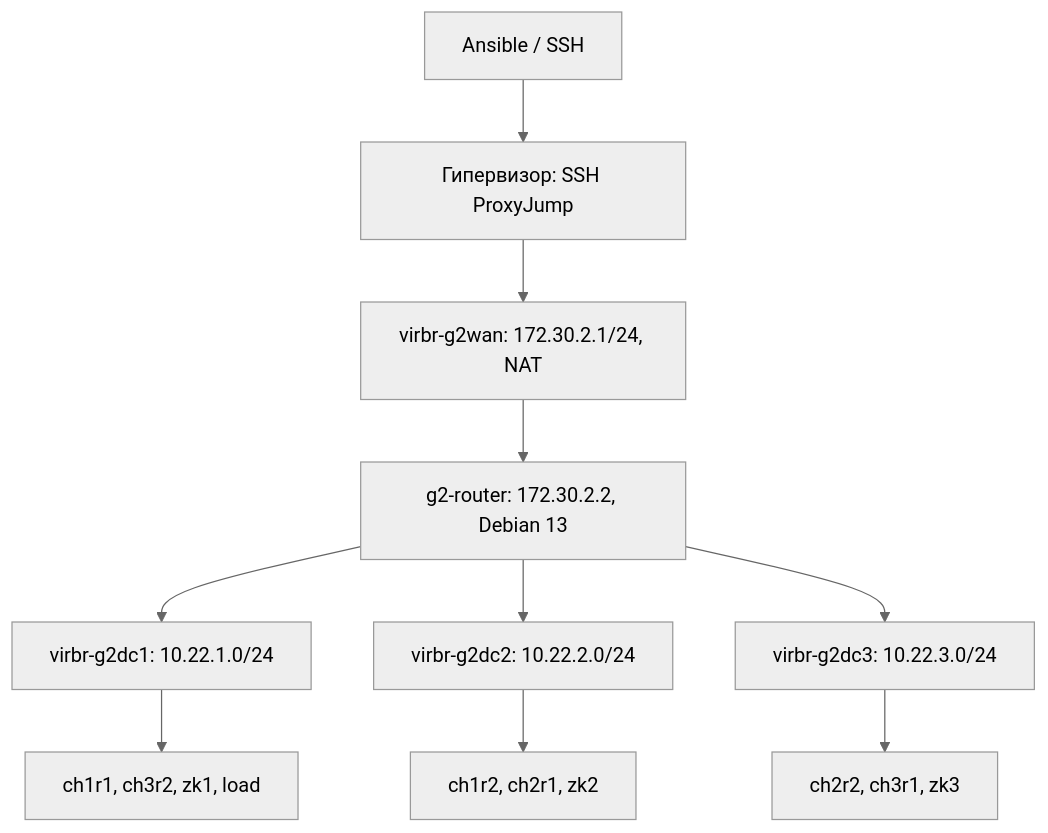
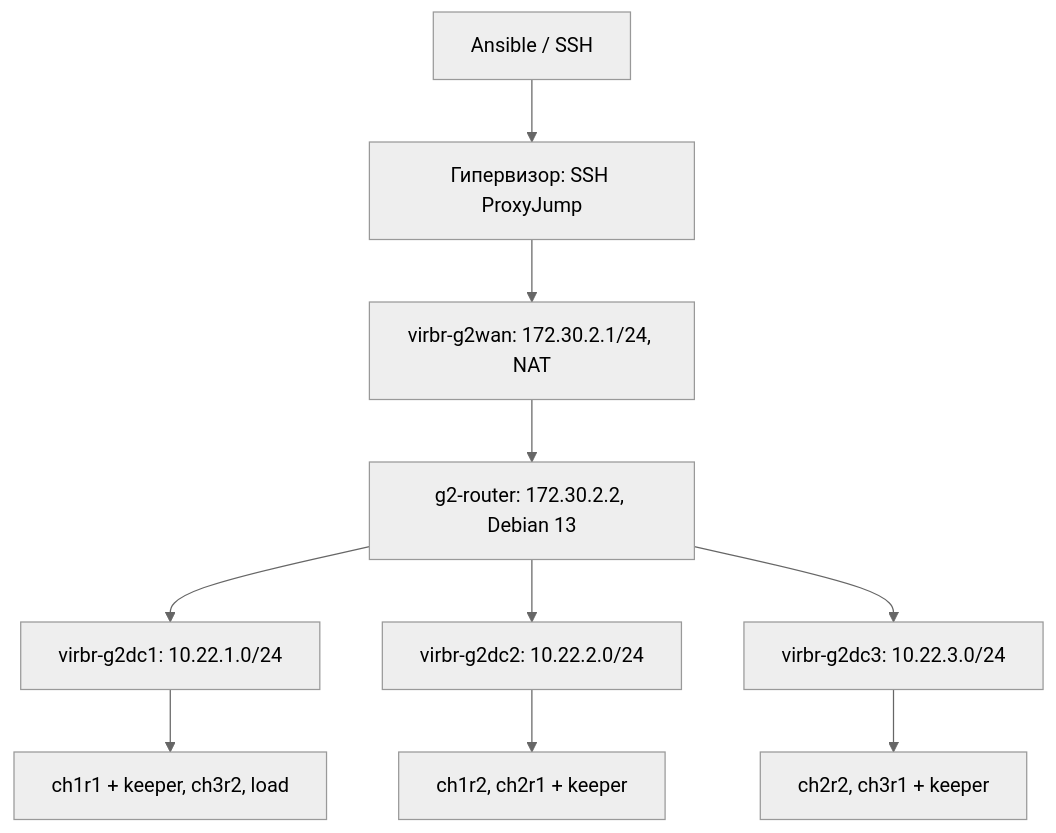
One commit to pepe1az/sis_admin changed the diagram in docs/ip-plan.md. Above: the diagram before and after it, drawn with Mermaid (neutral theme). The commit also changed other lines of this file and 49 other files, not shown here.

````diff
--- a/docs/ip-plan.md
+++ b/docs/ip-plan.md
@@ -3,12 +3,12 @@
 ```mermaid
 flowchart TB
     Admin[Ansible / SSH] --> Host[Гипервизор: SSH ProxyJump]
     Host --> WAN[virbr-g2wan: 172.30.2.1/24, NAT]
     WAN --> R[g2-router: 172.30.2.2, Debian 13]
     R --> D1[virbr-g2dc1: 10.22.1.0/24]
     R --> D2[virbr-g2dc2: 10.22.2.0/24]
     R --> D3[virbr-g2dc3: 10.22.3.0/24]
-    D1 --> C1[ch1r1, ch3r2, zk1, load]
-    D2 --> C2[ch1r2, ch2r1, zk2]
-    D3 --> C3[ch2r2, ch3r1, zk3]
+    D1 --> C1[ch1r1 + keeper, ch3r2, load]
+    D2 --> C2[ch1r2, ch2r1 + keeper]
+    D3 --> C3[ch2r2, ch3r1 + keeper]
 ```
````
